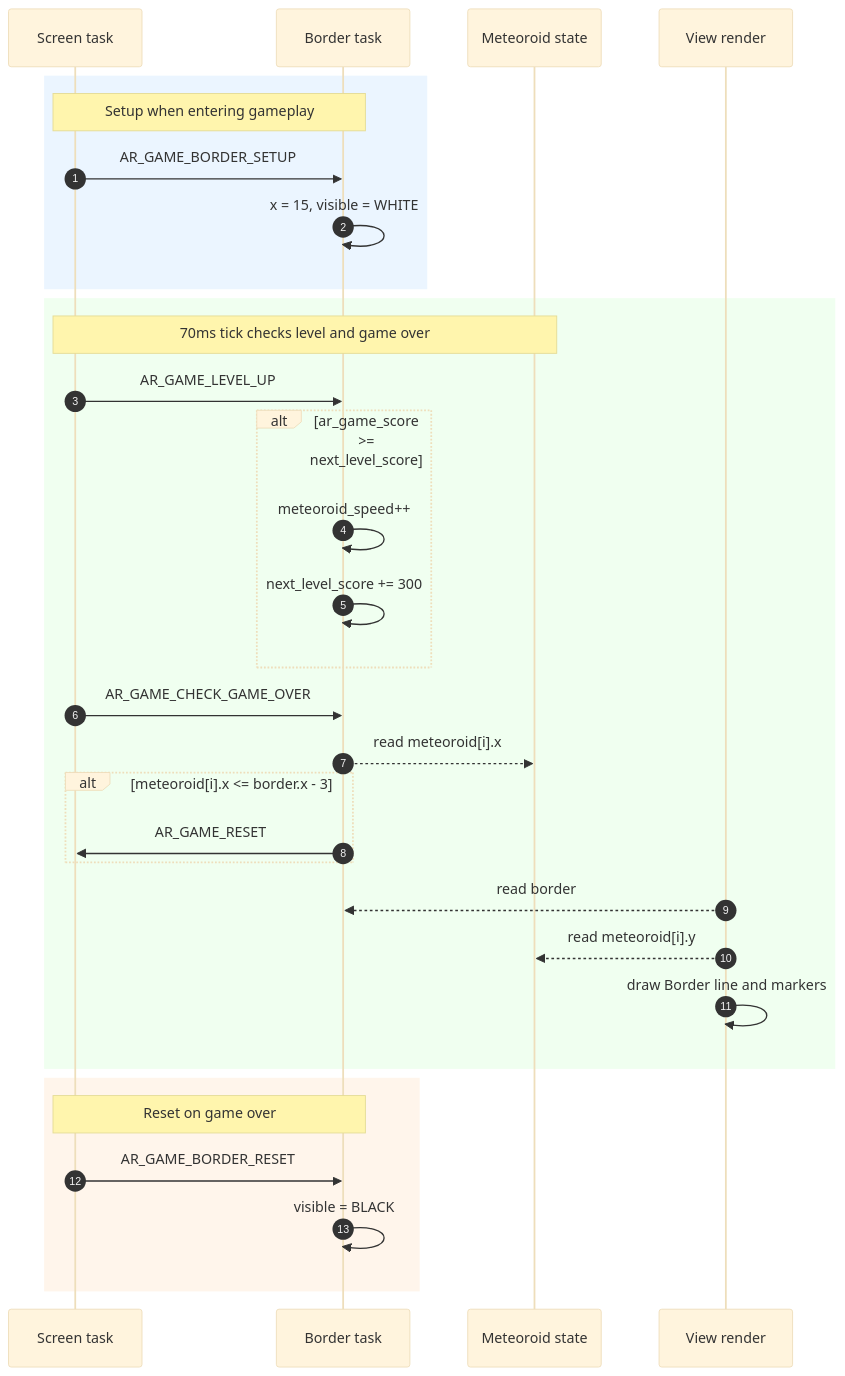
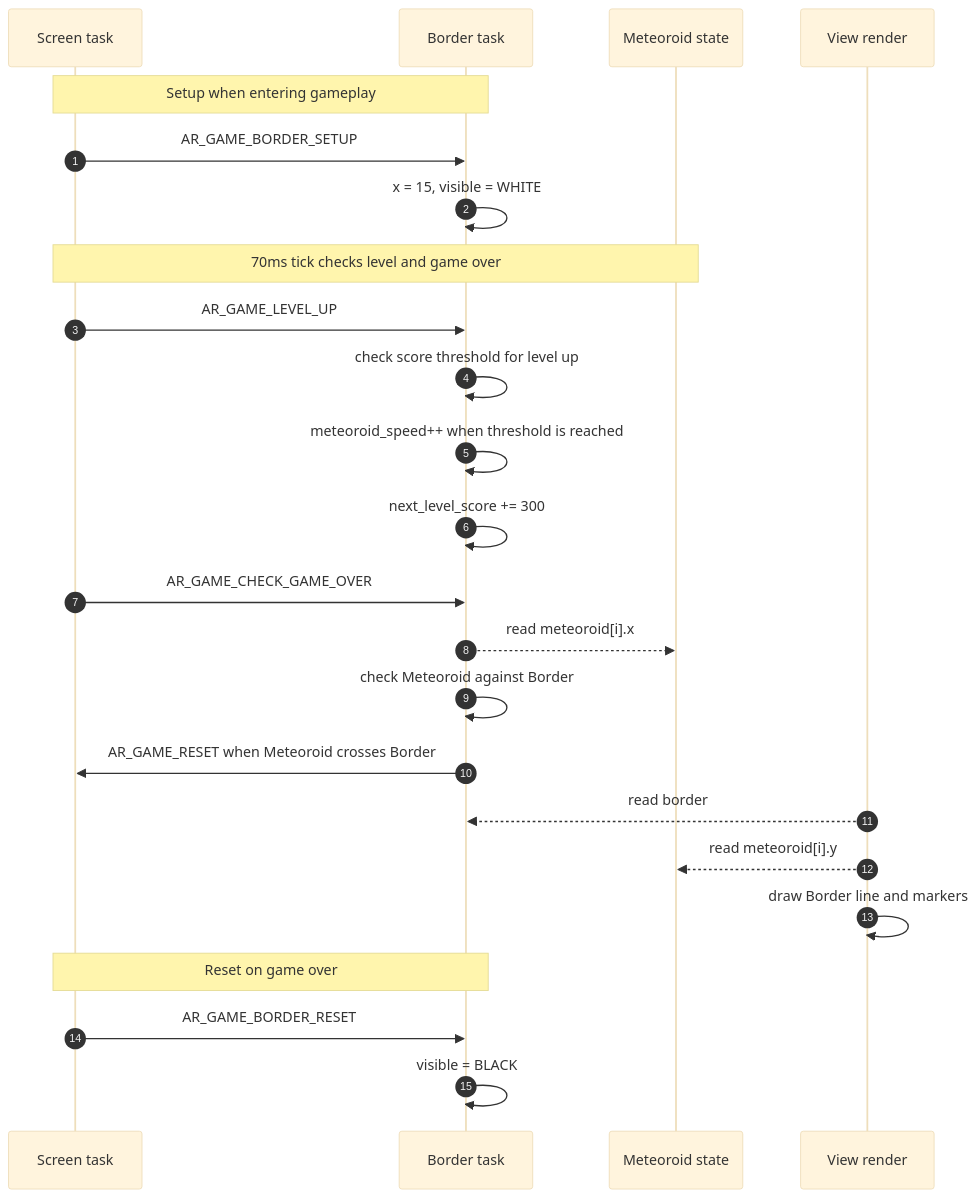
The fifth of 7 diagrams in README.md (QuocBuu/archery_game), drawn with Mermaid (base theme) before and after one commit. The commit also changed other lines of this file and 1 other file, not shown here.

````diff
--- a/README.md
+++ b/README.md
@@ -403,39 +363,31 @@
 ```mermaid
 sequenceDiagram
     autonumber
     participant Scr as Screen task
     participant B as Border task
     participant M as Meteoroid state
     participant View as View render
 
-    rect rgb(235, 245, 255)
-        Note over Scr,B: Setup when entering gameplay
-        Scr->>B: AR_GAME_BORDER_SETUP
-        B->>B: x = 15, visible = WHITE
-    end
+    Note over Scr,B: Setup when entering gameplay
+    Scr->>B: AR_GAME_BORDER_SETUP
+    B->>B: x = 15, visible = WHITE
 
-    rect rgb(240, 255, 240)
-        Note over Scr,M: 70ms tick checks level and game over
-        Scr->>B: AR_GAME_LEVEL_UP
-        alt ar_game_score >= next_level_score
-            B->>B: meteoroid_speed++
-            B->>B: next_level_score += 300
-        end
+    Note over Scr,M: 70ms tick checks level and game over
+    Scr->>B: AR_GAME_LEVEL_UP
+    B->>B: check score threshold for level up
+    B->>B: meteoroid_speed++ when threshold is reached
+    B->>B: next_level_score += 300
 
-        Scr->>B: AR_GAME_CHECK_GAME_OVER
-        B-->>M: read meteoroid[i].x
-        alt meteoroid[i].x <= border.x - 3
-            B->>Scr: AR_GAME_RESET
-        end
+    Scr->>B: AR_GAME_CHECK_GAME_OVER
+    B-->>M: read meteoroid[i].x
+    B->>B: check Meteoroid against Border
+    B->>Scr: AR_GAME_RESET when Meteoroid crosses Border
 
-        View-->>B: read border
-        View-->>M: read meteoroid[i].y
-        View->>View: draw Border line and markers
-    end
+    View-->>B: read border
+    View-->>M: read meteoroid[i].y
+    View->>View: draw Border line and markers
 
-    rect rgb(255, 245, 235)
-        Note over Scr,B: Reset on game over
-        Scr->>B: AR_GAME_BORDER_RESET
-        B->>B: visible = BLACK
-    end
+    Note over Scr,B: Reset on game over
+    Scr->>B: AR_GAME_BORDER_RESET
+    B->>B: visible = BLACK
 ```
````
